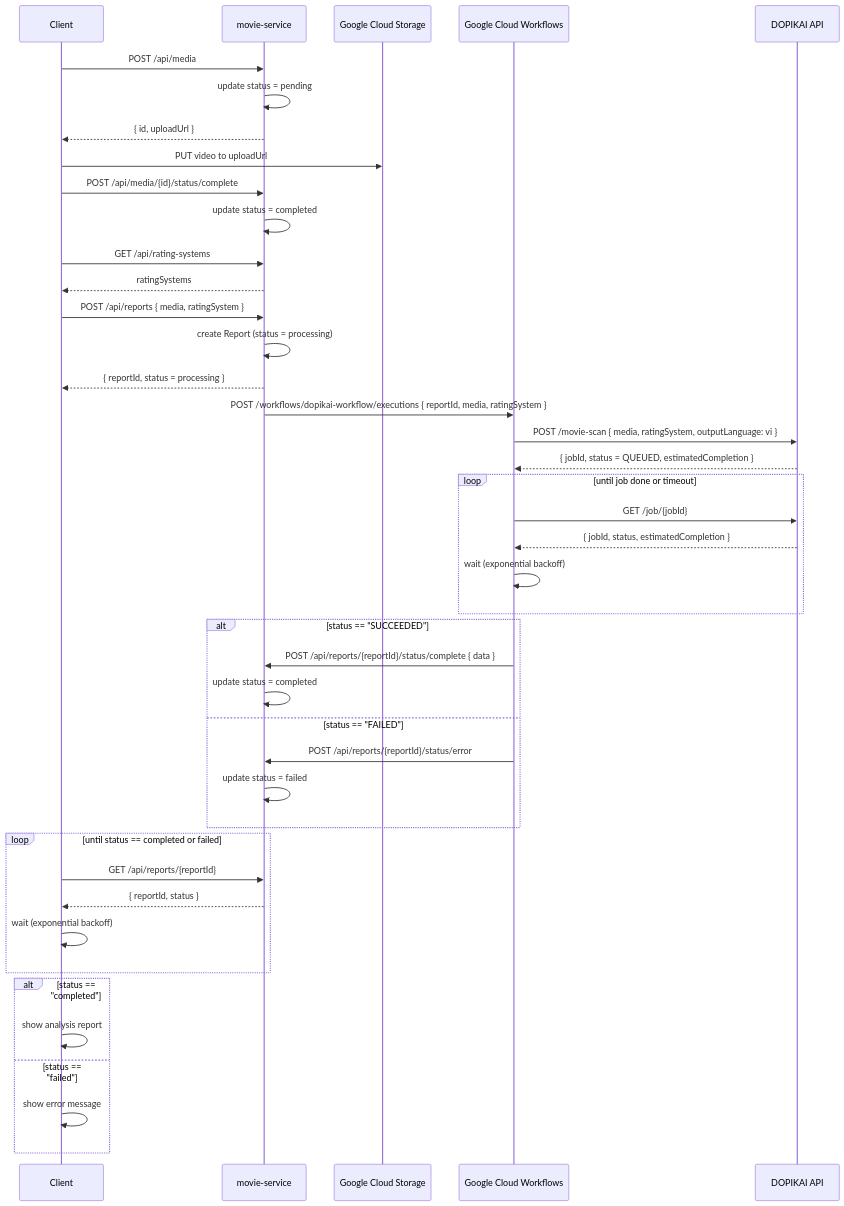
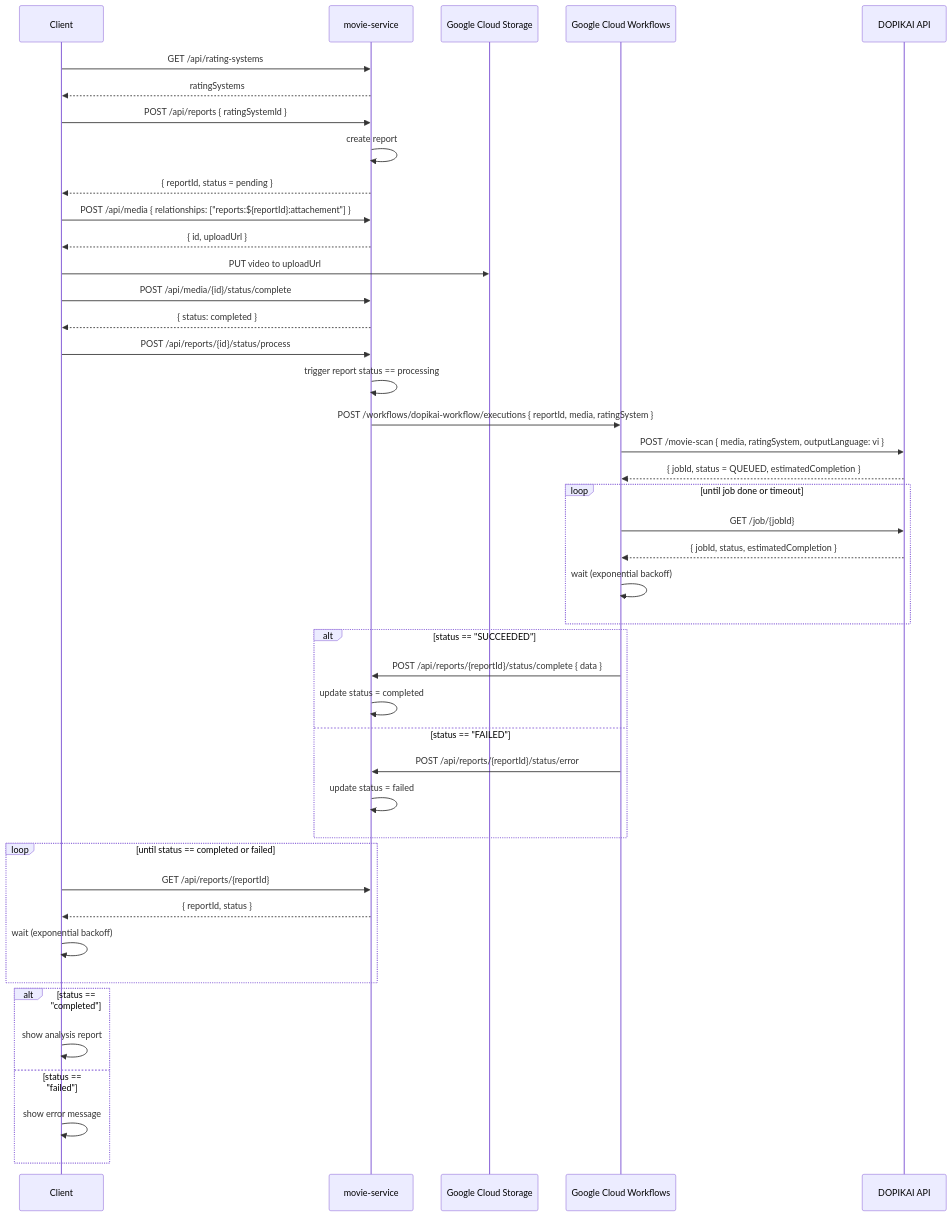
One commit to 4hum-ai/movie-scan changed the diagram in docs/dopikai-workflow.md. Above: the diagram before and after it, drawn with Mermaid.

Commit message:
docs(workflow): update dopikai API workflow sequence diagram
- Reorder API calls to create report before media upload
- Add explicit report status management steps
- Improve workflow clarity with proper status transitions

````diff
--- a/docs/dopikai-workflow.md
+++ b/docs/dopikai-workflow.md
@@ -93,51 +93,54 @@
 ```mermaid
 sequenceDiagram
   participant Client
   participant MovieService as movie-service
   participant GCS as Google Cloud Storage
   participant Workflow as Google Cloud Workflows
   participant Partner as DOPIKAI API
 
-  Client ->> MovieService: POST /api/media
-  MovieService ->> MovieService: update status = pending
+  Client ->> MovieService: GET /api/rating-systems
+  MovieService -->> Client: ratingSystems
+
+  Client ->> MovieService: POST /api/reports { ratingSystemId }
+  MovieService ->> MovieService: create report
+  MovieService -->> Client: { reportId, status = pending }
+
+  Client ->> MovieService: POST /api/media { relationships: ["reports:${reportId}:attachement"] }
   MovieService -->> Client: { id, uploadUrl }
   Client ->> GCS: PUT video to uploadUrl
   Client ->> MovieService: POST /api/media/{id}/status/complete
-  MovieService ->> MovieService: update status = completed
 
-  Client ->> MovieService: GET /api/rating-systems
-  MovieService -->> Client: ratingSystems
-  Client ->> MovieService: POST /api/reports { media, ratingSystem }
-  MovieService ->> MovieService: create Report (status = processing)
-  MovieService -->> Client: { reportId, status = processing }
+  MovieService -->> Client: { status: completed }
+  Client ->> MovieService: POST /api/reports/{id}/status/process
+  MovieService ->> MovieService: trigger report status == processing
   MovieService ->> Workflow: POST /workflows/dopikai-workflow/executions { reportId, media, ratingSystem }
 
   Workflow ->> Partner: POST /movie-scan { media, ratingSystem, outputLanguage: vi }
   Partner -->> Workflow: { jobId, status = QUEUED, estimatedCompletion }
 
   loop until job done or timeout
     Workflow ->> Partner: GET /job/{jobId}
     Partner -->> Workflow: { jobId, status, estimatedCompletion }
     Workflow ->> Workflow: wait (exponential backoff)
   end
 
   alt status == "SUCCEEDED"
     Workflow ->> MovieService: POST /api/reports/{reportId}/status/complete { data }
     MovieService ->> MovieService: update status = completed
   else status == "FAILED"
     Workflow ->> MovieService: POST /api/reports/{reportId}/status/error
     MovieService ->> MovieService: update status = failed
   end
 
   loop until status == completed or failed
     Client ->> MovieService: GET /api/reports/{reportId}
     MovieService -->> Client: { reportId, status }
     Client ->> Client: wait (exponential backoff)
   end
 
   alt status == "completed"
     Client ->> Client: show analysis report
   else status == "failed"
     Client ->> Client: show error message
   end
 ```
````
